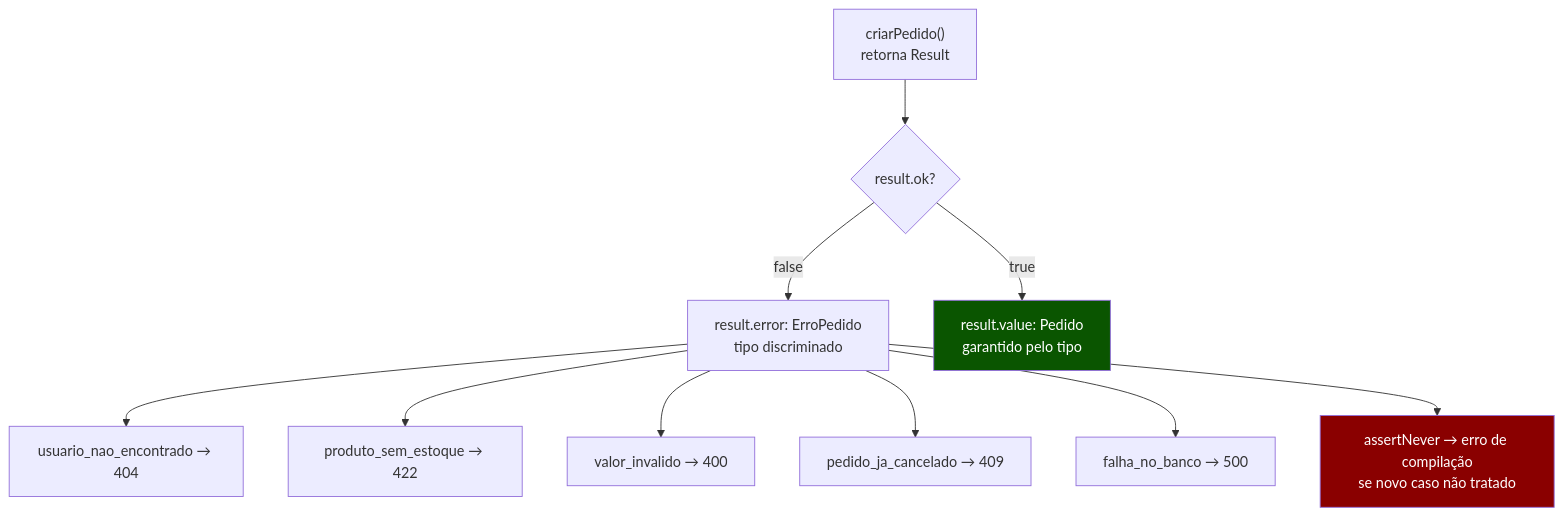
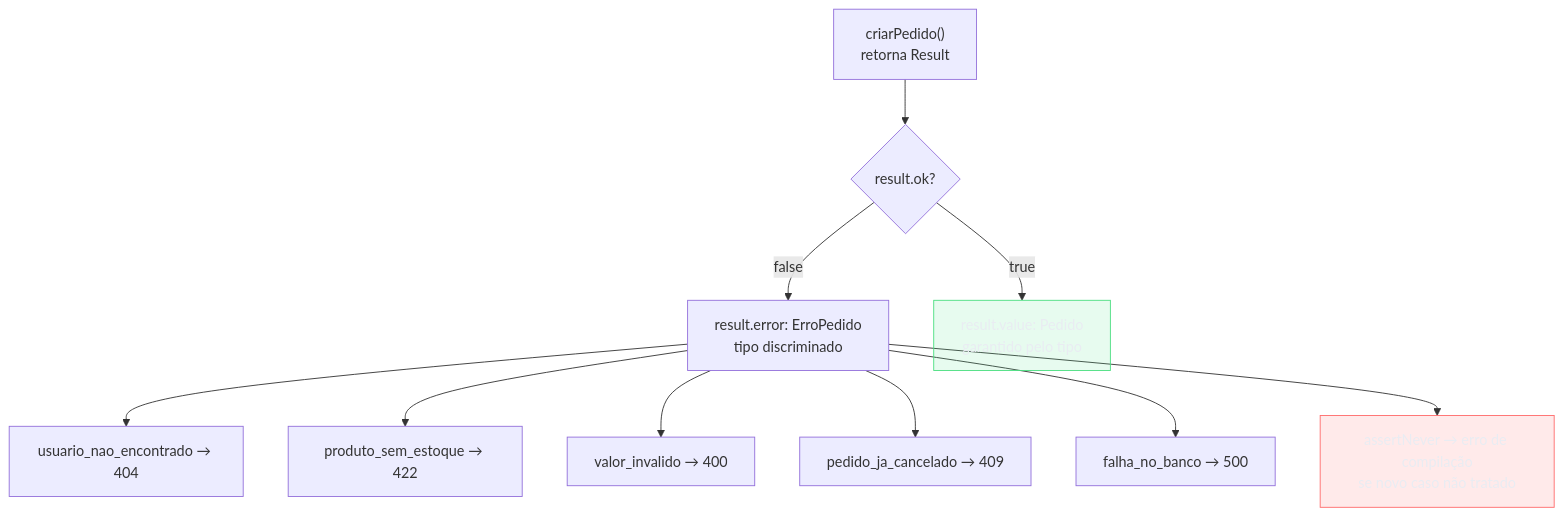
Before and after one commit to josenaldo/codex-technomanticus: the third of 5 diagrams in 03-Dominios/Tecnologia/TypeScript/24 - Type-driven design - branded types, Result e estados impossíveis.md, drawn with Mermaid. The commit also changed other lines of this file and 1181 other files, not shown here.

First line of the commit message:
fix(diagramas): paleta do sistema no lugar de cor cravada no markdown

````diff
--- a/03-Dominios/Tecnologia/TypeScript/24 - Type-driven design - branded types, Result e estados impossíveis.md
+++ b/03-Dominios/Tecnologia/TypeScript/24 - Type-driven design - branded types, Result e estados impossíveis.md
@@ -357,28 +362,30 @@
 ```mermaid
 flowchart TD
+    classDef ok fill:#4ADE8021,stroke:#4ADE80,color:#E9ECF2
+    classDef falha fill:#FF6B6B24,stroke:#FF6B6B,color:#E9ECF2
     F["criarPedido()\nretorna Result<Pedido, ErroPedido>"]
     CHK{"result.ok?"}
     ERR["result.error: ErroPedido\ntipo discriminado"]
     VAL["result.value: Pedido\ngarantido pelo tipo"]
 
     E1["usuario_nao_encontrado → 404"]
     E2["produto_sem_estoque → 422"]
     E3["valor_invalido → 400"]
     E4["pedido_ja_cancelado → 409"]
     E5["falha_no_banco → 500"]
     DEF["assertNever → erro de compilação\nse novo caso não tratado"]
 
     F --> CHK
     CHK -->|"false"| ERR
     CHK -->|"true"| VAL
 
     ERR --> E1
     ERR --> E2
     ERR --> E3
     ERR --> E4
     ERR --> E5
     ERR --> DEF
 
-    style VAL fill:#0a5500,color:#fff
-    style DEF fill:#8a0000,color:#fff
+    class VAL ok
+    class DEF falha
 ```
````
